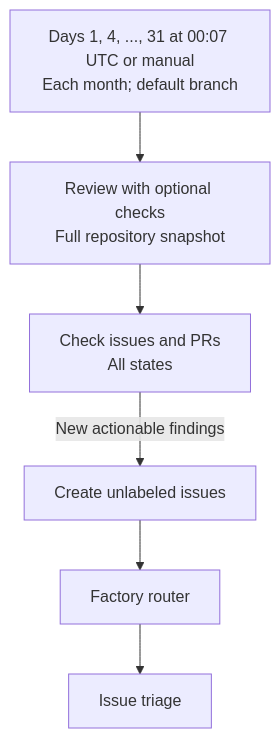
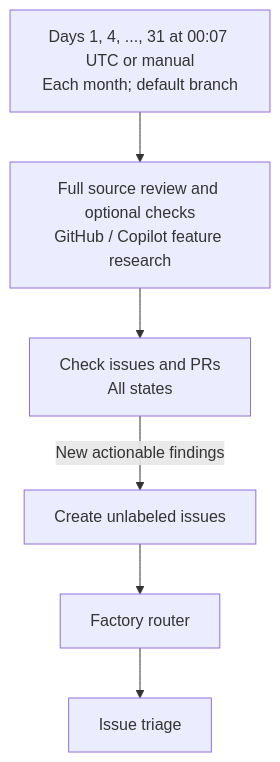
The fourth of 6 diagrams in README.md (VasiliyNovikov/Factory), drawn with Mermaid before and after one commit. The commit also changed other lines of this file and 1 other file, not shown here.

First line of the commit message:
Research GitHub and Copilot simplifications during repository review (#284)

````diff
--- a/README.md
+++ b/README.md
@@ -147,7 +148,7 @@
 ```mermaid
 flowchart TD
-    trigger["Days 1, 4, ..., 31 at 00:07 UTC or manual<br/>Each month; default branch"] --> review["Review with optional checks<br/>Full repository snapshot"]
+    trigger["Days 1, 4, ..., 31 at 00:07 UTC or manual<br/>Each month; default branch"] --> review["Full source review and optional checks<br/>GitHub / Copilot feature research"]
     review --> duplicates["Check issues and PRs<br/>All states"]
     duplicates -->|New actionable findings| issues["Create unlabeled issues"]
     issues --> router["Factory router"] --> triage["Issue triage"]
 ```
````
